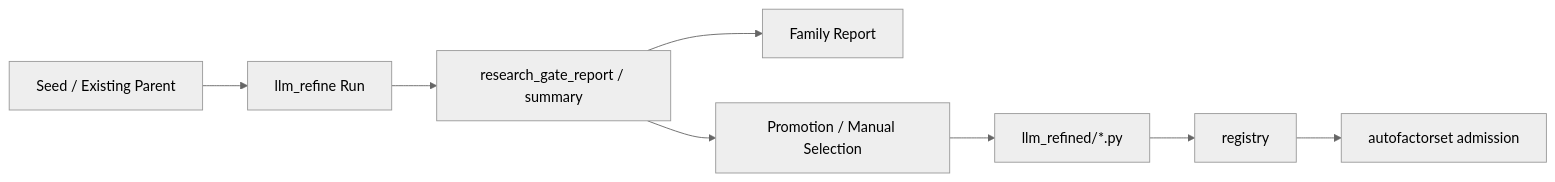
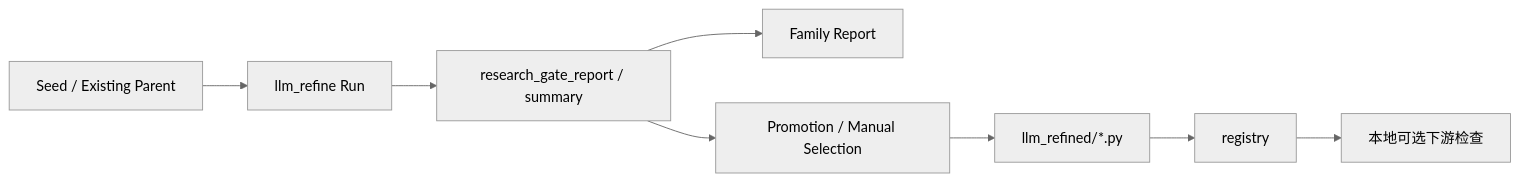
Before and after one commit to zhangxinyue1017/AlphaRefinery: the third of 3 diagrams in README_CN.md, drawn with Mermaid (neutral theme). The commit also changed other lines of this file and 10 other files, not shown here.

````diff
--- a/README_CN.md
+++ b/README_CN.md
@@ -306,10 +296,10 @@
 ```mermaid
 graph LR
     A[Seed / Existing Parent] --> B[llm_refine Run]
     B --> C[research_gate_report / summary]
     C --> D[Family Report]
     C --> E[Promotion / Manual Selection]
     E --> F[llm_refined/*.py]
     F --> G[registry]
-    G --> H[autofactorset admission]
+    G --> H[本地可选下游检查]
 ```
````
